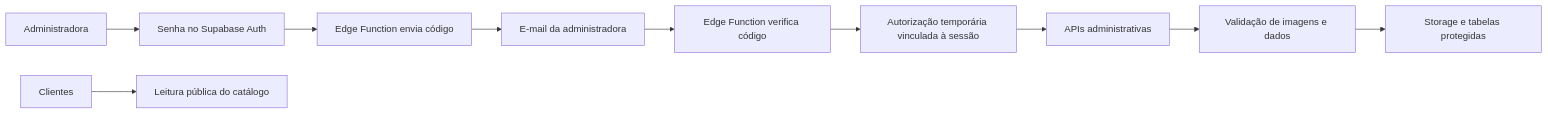
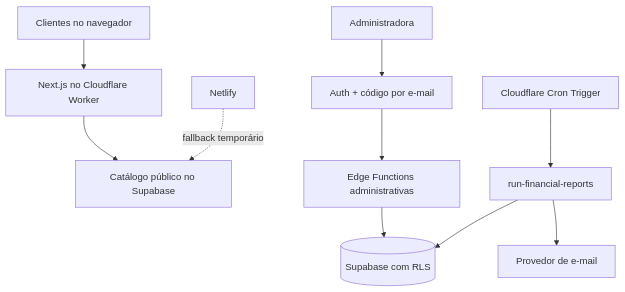
One commit to RAFAEL-G-A/USE-MDR changed the diagram in README.md. Above: the diagram before and after it, drawn with Mermaid. The commit also changed other lines of this file and 14 other files, not shown here.

````diff
--- a/README.md
+++ b/README.md
@@ -39,12 +27,12 @@
 ```mermaid
-flowchart LR
-  A[Administradora] --> B[Senha no Supabase Auth]
-  B --> C[Edge Function envia código]
-  C --> D[E-mail da administradora]
-  D --> E[Edge Function verifica código]
-  E --> F[Autorização temporária vinculada à sessão]
-  F --> G[APIs administrativas]
-  G --> J[Validação de imagens e dados]
-  J --> K[Storage e tabelas protegidas]
-  H[Clientes] --> I[Leitura pública do catálogo]
+flowchart TD
+  U[Clientes no navegador] --> W[Next.js no Cloudflare Worker]
+  W --> P[Catálogo público no Supabase]
+  A[Administradora] --> G[Auth + código por e-mail]
+  G --> E[Edge Functions administrativas]
+  E --> D[(Supabase com RLS)]
+  C[Cloudflare Cron Trigger] --> R[run-financial-reports]
+  R --> D
+  R --> M[Provedor de e-mail]
+  N[Netlify] -. fallback temporário .-> P
 ```
````
